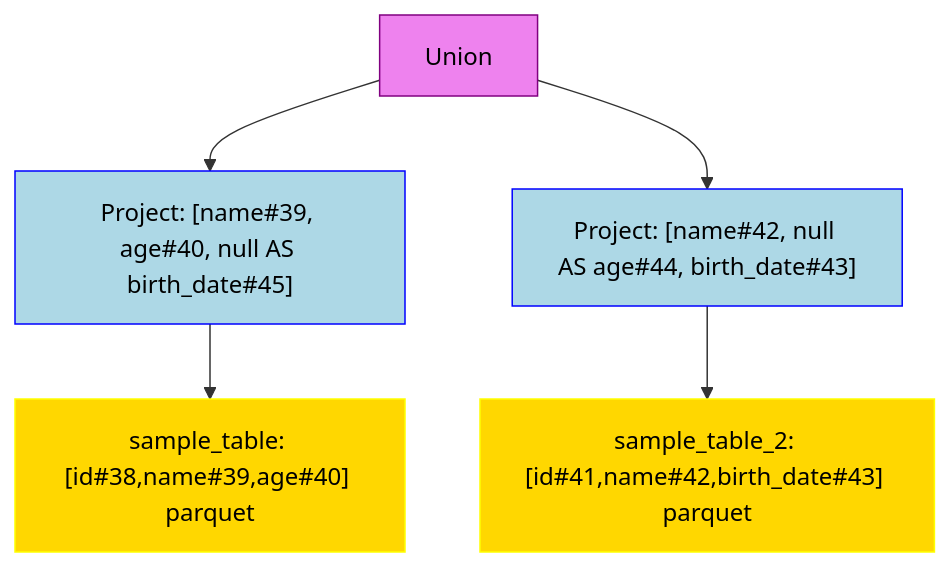
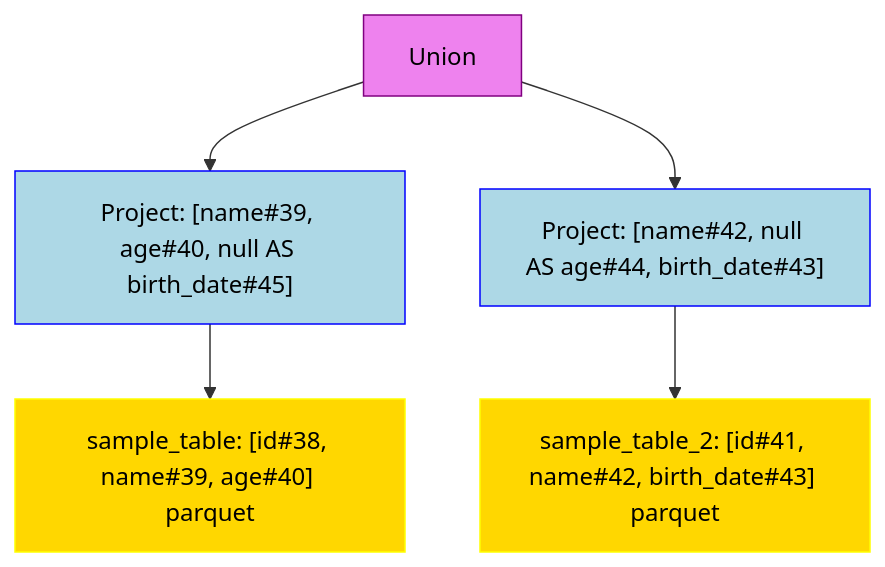
Before and after one commit to NielkNetraam/explainalyzed: the diagram in data/visualization/union.mmd, drawn with Mermaid. The commit also changed 24 other files, not shown here.

```diff
--- a/data/visualization/union.mmd
+++ b/data/visualization/union.mmd
@@ -1,18 +1,18 @@
 flowchart TD
     classDef PROJECT stroke:Blue,fill:LightBlue,color:black
     classDef FILTER stroke:Green,fill:LightGreen,color:black
     classDef UNION stroke:Purple,fill:Violet,color:black
     classDef JOIN stroke:DarkOrange,fill:Orange,color:black
     classDef RELATION stroke:Yellow,fill:Gold,color:black
     classDef AGGREGATE stroke:Brown,fill:Chocolate,color:black
 
     Union#1["Union"]:::UNION
     Project#11["Project: [name#39, age#40, null AS birth_date#45]"]:::PROJECT
-    Relation#111["sample_table: [id#38,name#39,age#40] parquet"]:::RELATION
+    Relation#111["sample_table: [id#38, name#39, age#40] parquet"]:::RELATION
     Project#12["Project: [name#42, null AS age#44, birth_date#43]"]:::PROJECT
-    Relation#121["sample_table_2: [id#41,name#42,birth_date#43] parquet"]:::RELATION
+    Relation#121["sample_table_2: [id#41, name#42, birth_date#43] parquet"]:::RELATION
 
     Union#1 --> Project#11
         Project#11 --> Relation#111
     Union#1 --> Project#12
         Project#12 --> Relation#121
```
